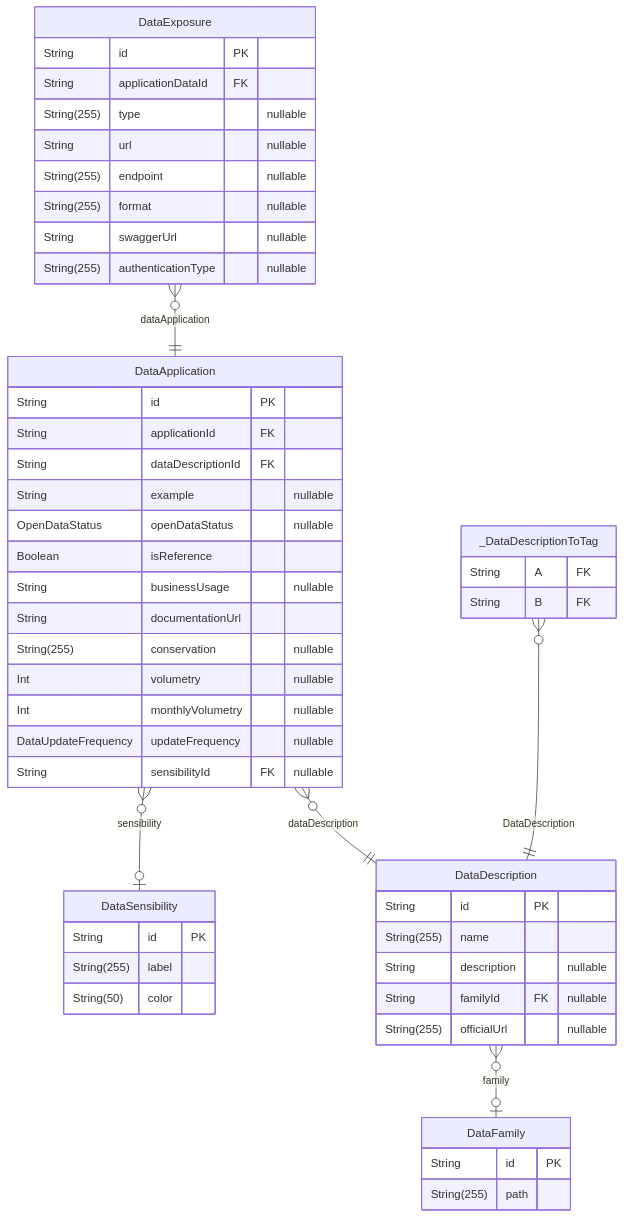
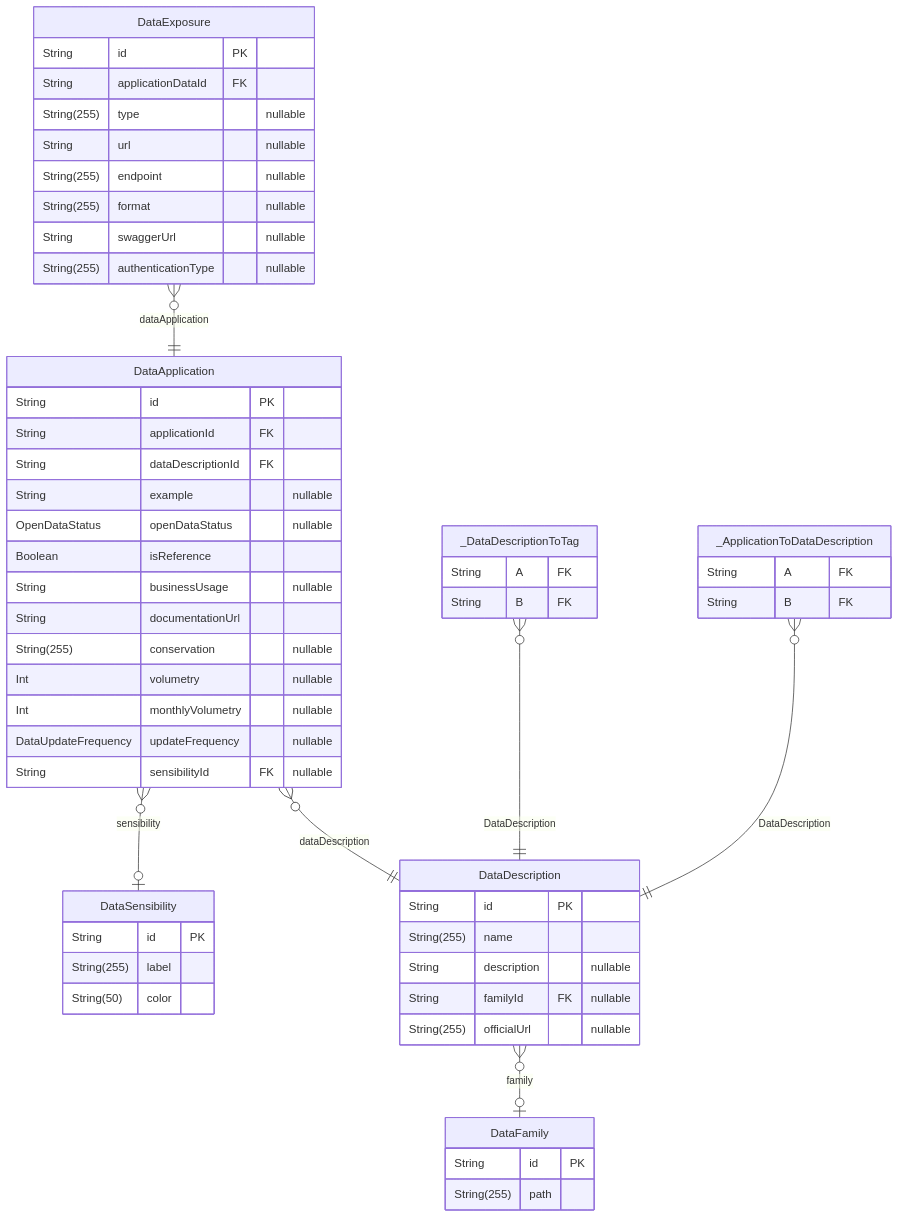
Before and after one commit to dnum-mi/referentiel-applications: the fourth of 15 diagrams in backend/prisma/docs/schema.md, drawn with Mermaid. The commit also changed other lines of this file and 12 other files, not shown here.

````diff
--- a/backend/prisma/docs/schema.md
+++ b/backend/prisma/docs/schema.md
@@ -402,53 +416,58 @@
 ```mermaid
 erDiagram
 "DataFamily" {
   String id PK
   String(255) path
 }
 "DataSensibility" {
   String id PK
   String(255) label
   String(50) color
 }
 "DataDescription" {
   String id PK
   String(255) name
   String description "nullable"
   String familyId FK "nullable"
   String(255) officialUrl "nullable"
 }
 "DataApplication" {
   String id PK
   String applicationId FK
   String dataDescriptionId FK
   String example "nullable"
   OpenDataStatus openDataStatus "nullable"
   Boolean isReference
   String businessUsage "nullable"
   String documentationUrl
   String(255) conservation "nullable"
   Int volumetry "nullable"
   Int monthlyVolumetry "nullable"
   DataUpdateFrequency updateFrequency "nullable"
   String sensibilityId FK "nullable"
 }
 "DataExposure" {
   String id PK
   String applicationDataId FK
   String(255) type "nullable"
   String url "nullable"
   String(255) endpoint "nullable"
   String(255) format "nullable"
   String swaggerUrl "nullable"
   String(255) authenticationType "nullable"
 }
 "_DataDescriptionToTag" {
   String A FK
   String B FK
 }
+"_ApplicationToDataDescription" {
+  String A FK
+  String B FK
+}
 "DataDescription" }o--o| "DataFamily" : family
 "DataApplication" }o--|| "DataDescription" : dataDescription
 "DataApplication" }o--o| "DataSensibility" : sensibility
 "DataExposure" }o--|| "DataApplication" : dataApplication
 "_DataDescriptionToTag" }o--|| "DataDescription" : DataDescription
+"_ApplicationToDataDescription" }o--|| "DataDescription" : DataDescription
 ```
````
